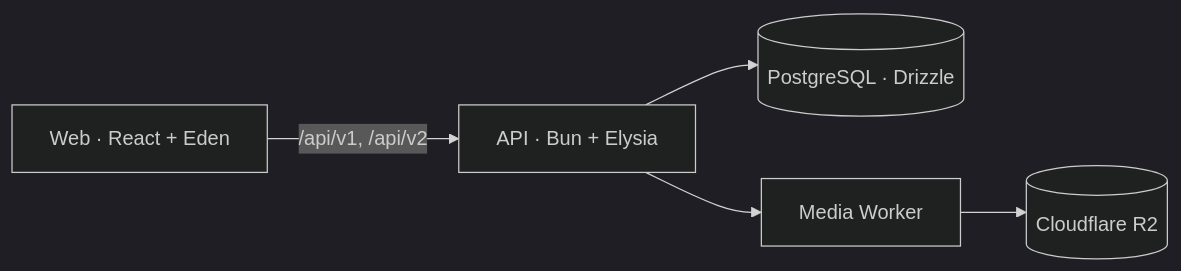
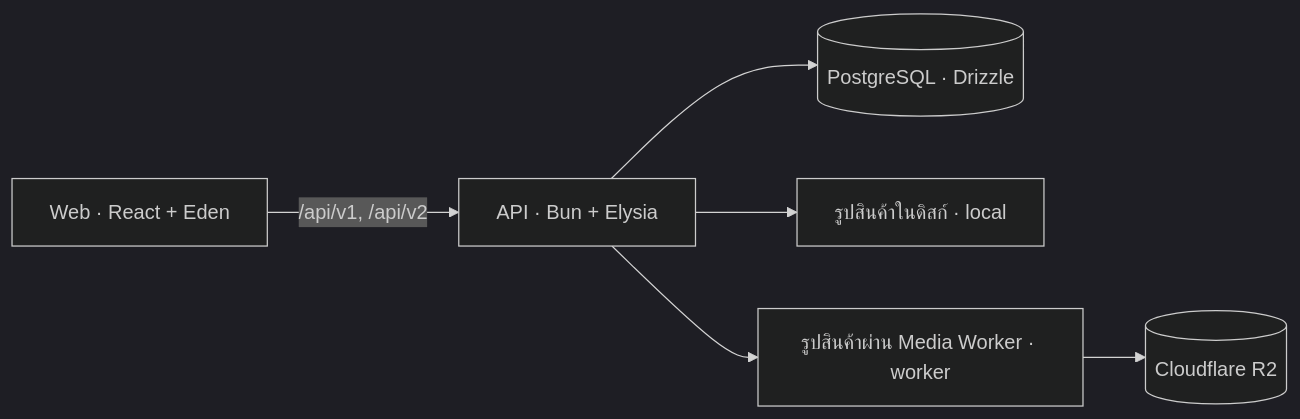
The diagram in README.md (ohmattapon/TillumiPOS), drawn with Mermaid (dark theme) before and after one commit. The commit also changed other lines of this file, not shown here.

````diff
--- a/README.md
+++ b/README.md
@@ -34,7 +49,8 @@
 ```mermaid
 flowchart LR
     Web["Web · React + Eden"] -->|"/api/v1, /api/v2"| API["API · Bun + Elysia"]
     API --> DB[("PostgreSQL · Drizzle")]
-    API --> Media["Media Worker"]
+    API --> Local["รูปสินค้าในดิสก์ · local"]
+    API --> Media["รูปสินค้าผ่าน Media Worker · worker"]
     Media --> R2[("Cloudflare R2")]
 ```
````
